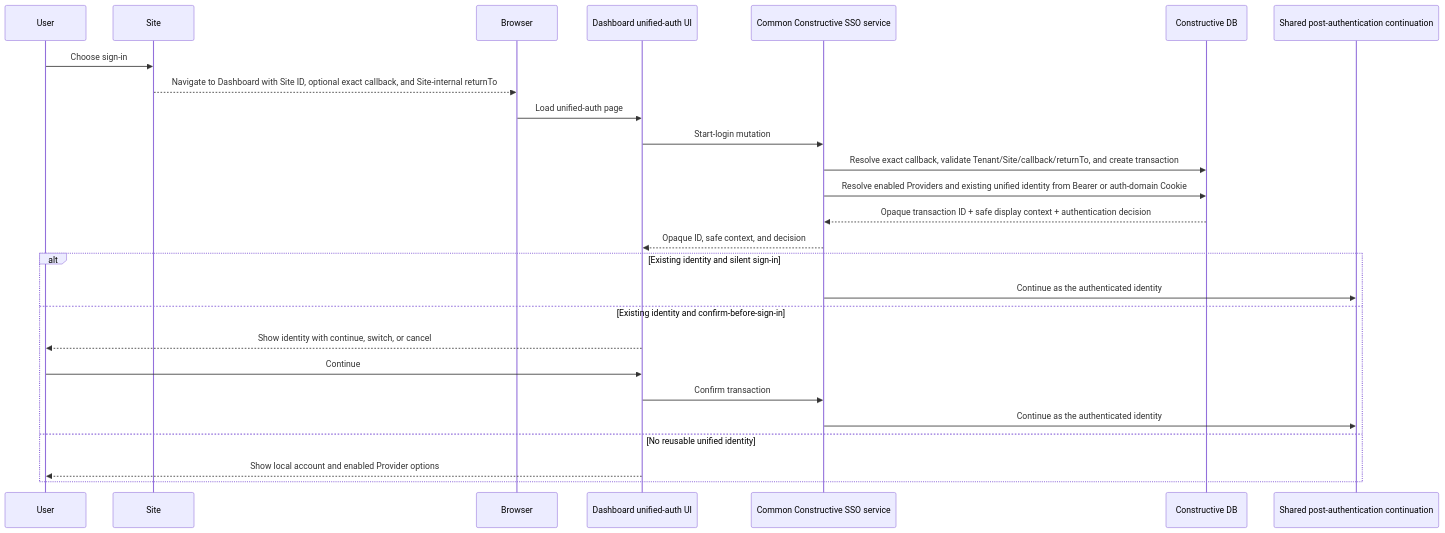
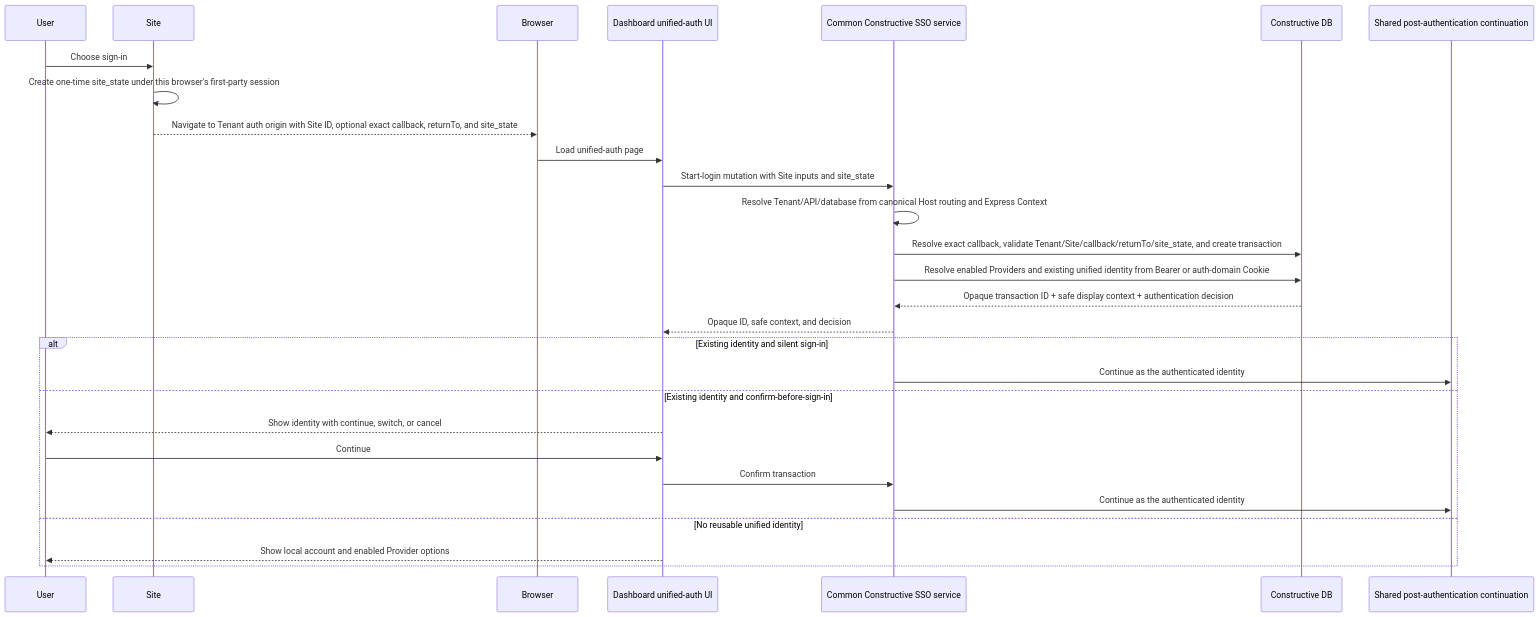
The first of 5 diagrams in docs/plan/oauth-sso-platform-integration.md (Zetazzz/Constructive), drawn with Mermaid before and after one commit. The commit also changed other lines of this file and 4 other files, not shown here.

````diff
--- a/docs/plan/oauth-sso-platform-integration.md
+++ b/docs/plan/oauth-sso-platform-integration.md
@@ -367,29 +400,31 @@
 ```mermaid
 sequenceDiagram
     participant U as User
     participant S as Site
     participant B as Browser
     participant D as Dashboard unified-auth UI
     participant A as Common Constructive SSO service
     participant DB as Constructive DB
     participant P as Shared post-authentication continuation
 
     U->>S: Choose sign-in
-    S-->>B: Navigate to Dashboard with Site ID, optional exact callback, and Site-internal returnTo
+    S->>S: Create one-time site_state under this browser's first-party session
+    S-->>B: Navigate to Tenant auth origin with Site ID, optional exact callback, returnTo, and site_state
     B->>D: Load unified-auth page
-    D->>A: Start-login mutation
-    A->>DB: Resolve exact callback, validate Tenant/Site/callback/returnTo, and create transaction
+    D->>A: Start-login mutation with Site inputs and site_state
+    A->>A: Resolve Tenant/API/database from canonical Host routing and Express Context
+    A->>DB: Resolve exact callback, validate Tenant/Site/callback/returnTo/site_state, and create transaction
     A->>DB: Resolve enabled Providers and existing unified identity from Bearer or auth-domain Cookie
     DB-->>A: Opaque transaction ID + safe display context + authentication decision
     A-->>D: Opaque ID, safe context, and decision
     alt Existing identity and silent sign-in
         A->>P: Continue as the authenticated identity
     else Existing identity and confirm-before-sign-in
         D-->>U: Show identity with continue, switch, or cancel
         U->>D: Continue
         D->>A: Confirm transaction
         A->>P: Continue as the authenticated identity
     else No reusable unified identity
         D-->>U: Show local account and enabled Provider options
     end
 ```
````
